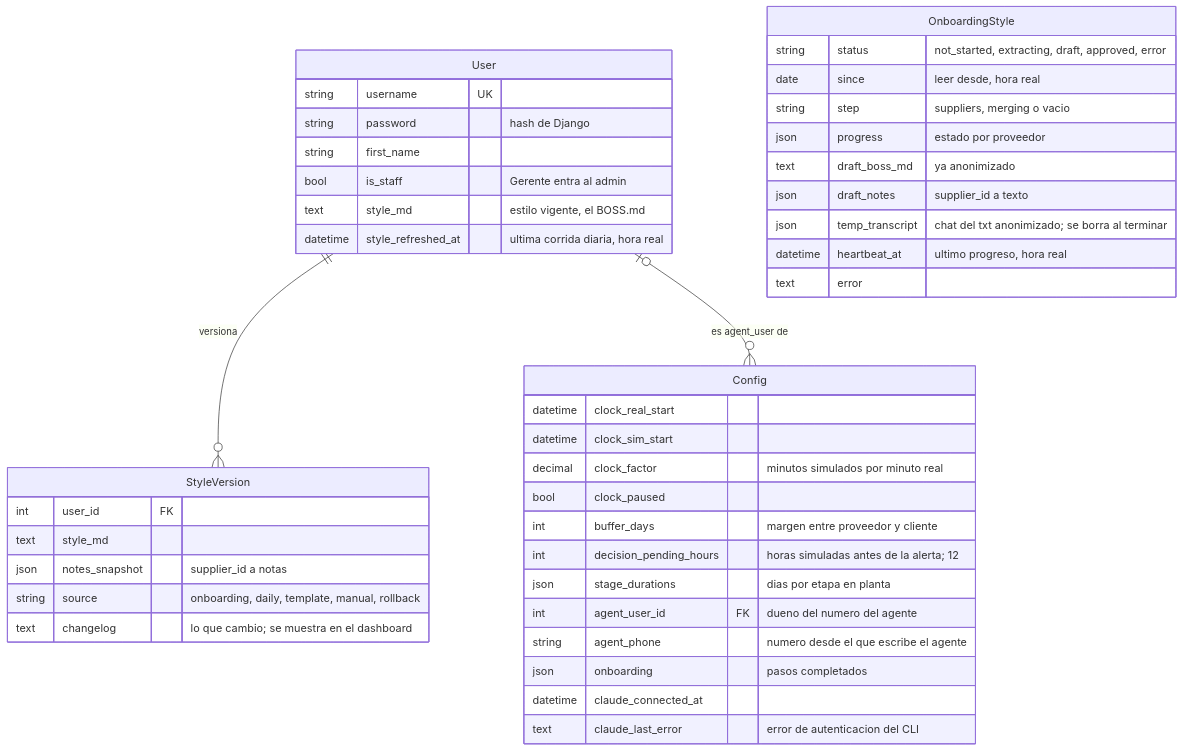
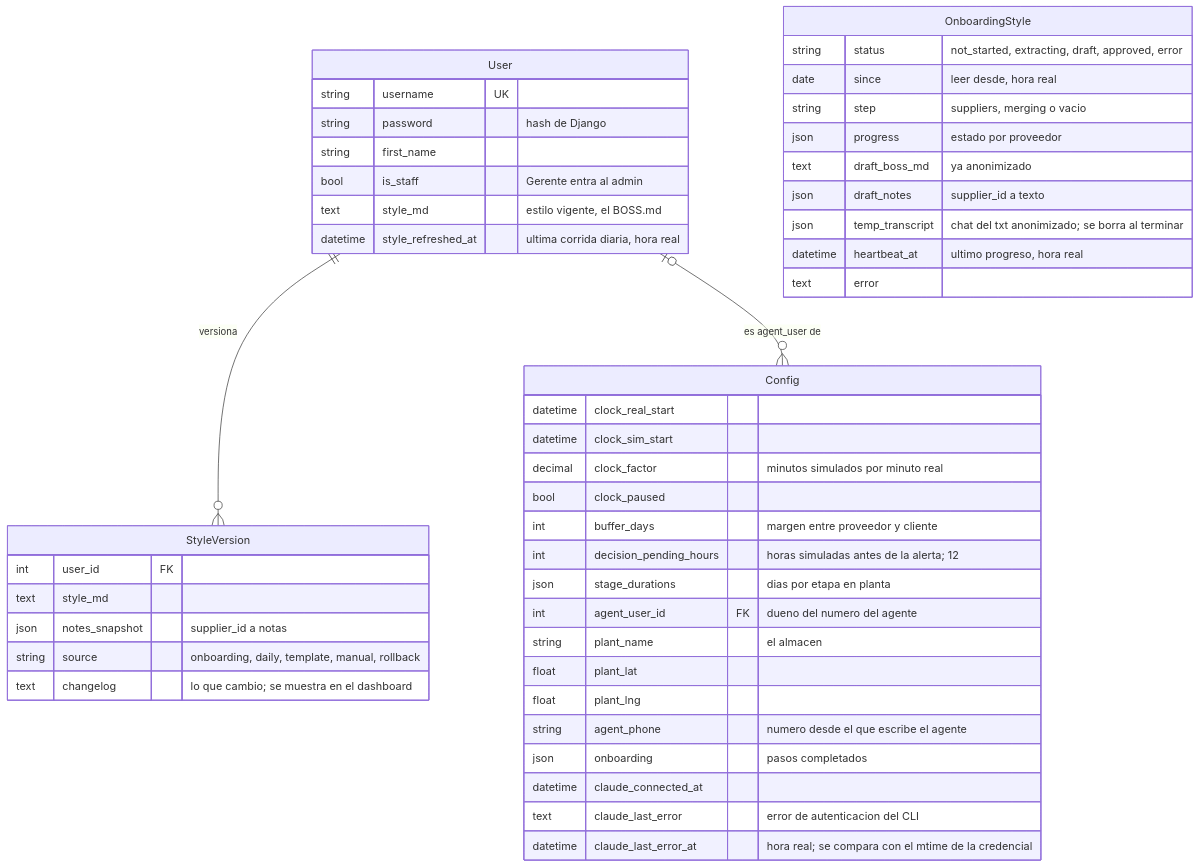
One commit to oscargicast/corpotex changed the seventh of 13 diagrams in docs/backend/modelo-de-datos.md. Above: the diagram before and after it, drawn with Mermaid. The commit also changed other lines of this file and 1 other file, not shown here.

````diff
--- a/docs/backend/modelo-de-datos.md
+++ b/docs/backend/modelo-de-datos.md
@@ -684,46 +754,50 @@
 ```mermaid
 erDiagram
     User ||--o{ StyleVersion : "versiona"
     User |o--o{ Config : "es agent_user de"
 
     User {
         string username UK
         string password "hash de Django"
         string first_name
         bool is_staff "Gerente entra al admin"
         text style_md "estilo vigente, el BOSS.md"
         datetime style_refreshed_at "ultima corrida diaria, hora real"
     }
     StyleVersion {
         int user_id FK
         text style_md
         json notes_snapshot "supplier_id a notas"
         string source "onboarding, daily, template, manual, rollback"
         text changelog "lo que cambio; se muestra en el dashboard"
     }
     Config {
         datetime clock_real_start
         datetime clock_sim_start
         decimal clock_factor "minutos simulados por minuto real"
         bool clock_paused
         int buffer_days "margen entre proveedor y cliente"
         int decision_pending_hours "horas simuladas antes de la alerta; 12"
         json stage_durations "dias por etapa en planta"
         int agent_user_id FK "dueno del numero del agente"
+        string plant_name "el almacen"
+        float plant_lat
+        float plant_lng
         string agent_phone "numero desde el que escribe el agente"
         json onboarding "pasos completados"
         datetime claude_connected_at
         text claude_last_error "error de autenticacion del CLI"
+        datetime claude_last_error_at "hora real; se compara con el mtime de la credencial"
     }
     OnboardingStyle {
         string status "not_started, extracting, draft, approved, error"
         date since "leer desde, hora real"
         string step "suppliers, merging o vacio"
         json progress "estado por proveedor"
         text draft_boss_md "ya anonimizado"
         json draft_notes "supplier_id a texto"
         json temp_transcript "chat del txt anonimizado; se borra al terminar"
         datetime heartbeat_at "ultimo progreso, hora real"
         text error
     }
 ```
````
